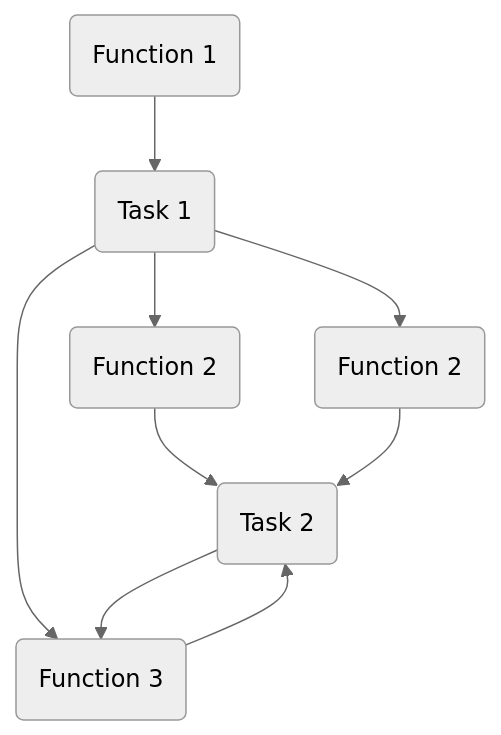
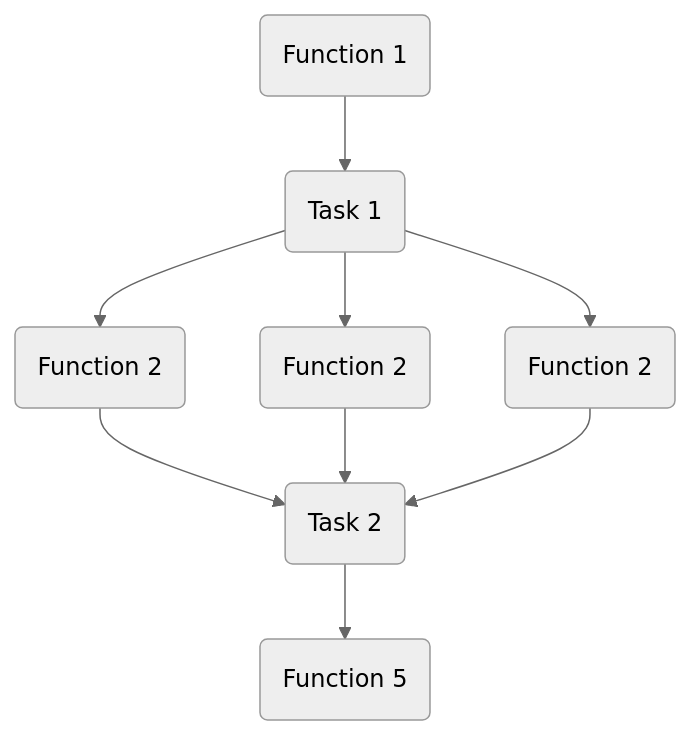
One commit to gopalakrishnaPala/az204 changed the second of 3 diagrams in Functions/DurableFunctions/README.md. Above: the diagram before and after it, drawn with Mermaid (neutral theme).

Commit message:
updated diagram

````diff
--- a/Functions/DurableFunctions/README.md
+++ b/Functions/DurableFunctions/README.md
@@ -37,11 +37,11 @@
     ```mermaid
     graph TD;
         F1(Function 1) --> T1(Task 1)
         T1(Task 1) --> F2(Function 2)
         T1(Task 1) --> F3(Function 3)
         T1(Task 1) --> F4(Function 4)
         F2(Function 2) --> T2(Task 2)
         F3(Function 2) --> T2(Task 2)
         F4(Function 2) --> T2(Task 2)
-        T2(Task 2) --> F3(Function 3)
+        T2(Task 2) --> F5(Function 5)
     ```
````
